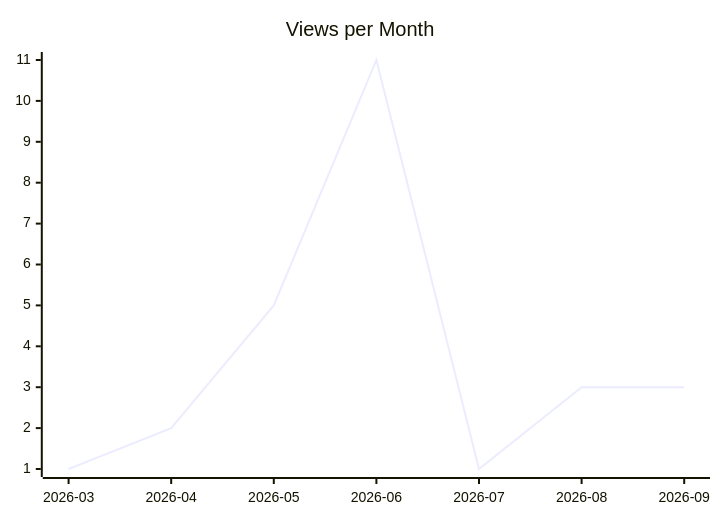
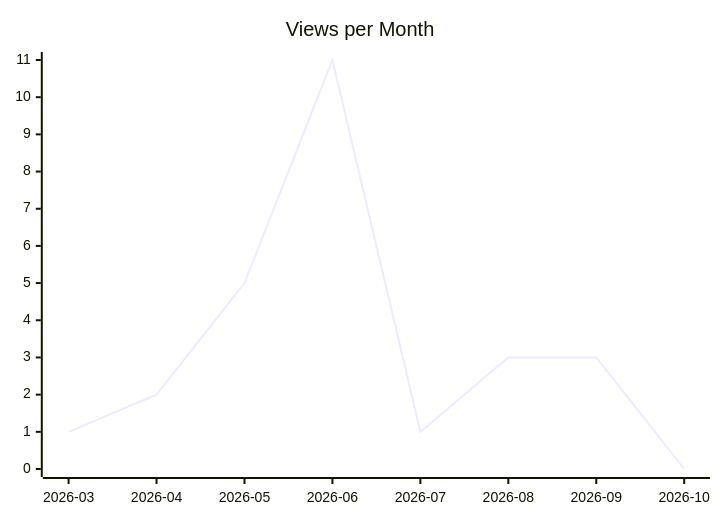
Before and after one commit to justdavis-family/github-analytics-data: the second of 3 diagrams in karlmdavis/justdavis-ansible/README.md, drawn with Mermaid. The commit also changed other lines of this file and 202 other files, not shown here.

````diff
--- a/karlmdavis/justdavis-ansible/README.md
+++ b/karlmdavis/justdavis-ansible/README.md
@@ -12,6 +12,6 @@
 ```mermaid
 xychart-beta
   title "Views per Month"
-  x-axis ["2026-03", "2026-04", "2026-05", "2026-06", "2026-07", "2026-08", "2026-09"]
-  line [1, 2, 5, 11, 1, 3, 3]
+  x-axis ["2026-03", "2026-04", "2026-05", "2026-06", "2026-07", "2026-08", "2026-09", "2026-10"]
+  line [1, 2, 5, 11, 1, 3, 3, 0]
 ```
````
